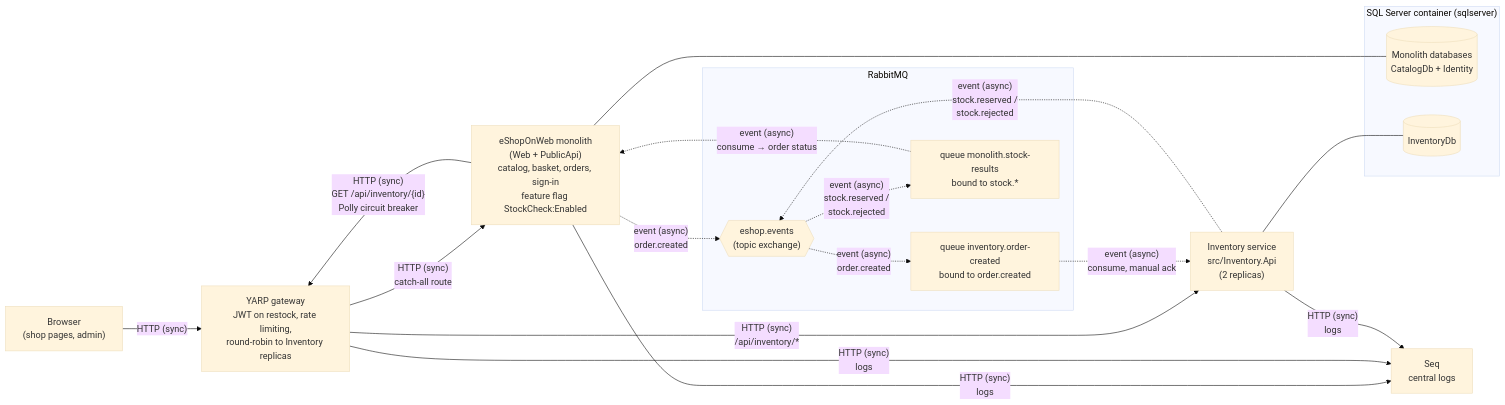
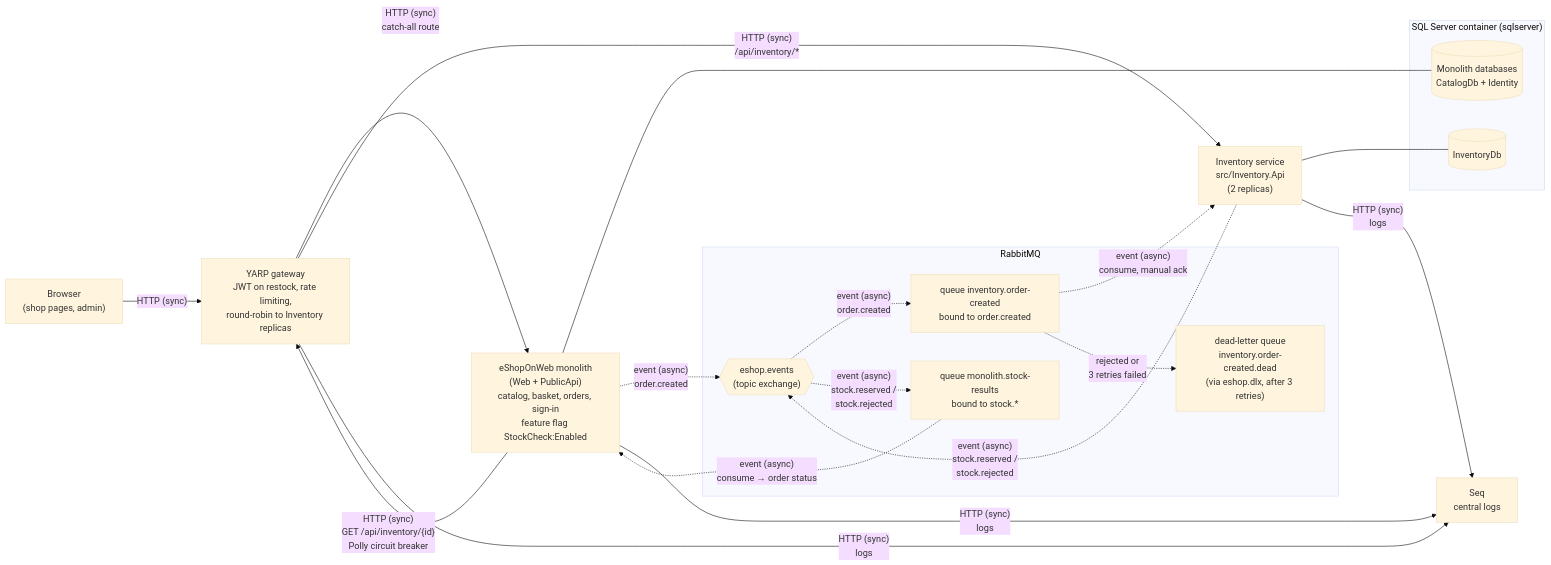
Before and after one commit to shoaibalirts/eShopOnWeb: the first of 2 diagrams in architecture/02-target-architecture.md, drawn with Mermaid (base theme). The commit also changed other lines of this file and 6 other files, not shown here.

First line of the commit message:
Dead-letter failed order.created messages after 3 retries

````diff
--- a/architecture/02-target-architecture.md
+++ b/architecture/02-target-architecture.md
@@ -8,42 +8,44 @@
 ```mermaid
 graph LR
     Browser["Browser<br/>(shop pages, admin)"]
 
     GW["YARP gateway<br/>JWT on restock, rate limiting,<br/>round-robin to Inventory replicas"]
 
     Mono["eShopOnWeb monolith<br/>(Web + PublicApi)<br/>catalog, basket, orders, sign-in<br/>feature flag StockCheck:Enabled"]
 
     Inv["Inventory service<br/>src/Inventory.Api<br/>(2 replicas)"]
 
     subgraph SQL["SQL Server container (sqlserver)"]
         MonoDB[("Monolith databases<br/>CatalogDb + Identity")]
         InvDB[("InventoryDb")]
     end
 
     subgraph MQ["RabbitMQ"]
         EX{{"eshop.events<br/>(topic exchange)"}}
         QInv["queue inventory.order-created<br/>bound to order.created"]
         QMono["queue monolith.stock-results<br/>bound to stock.*"]
+        DLQ["dead-letter queue<br/>inventory.order-created.dead<br/>(via eshop.dlx, after 3 retries)"]
     end
 
     Seq["Seq<br/>central logs"]
 
     Browser -- "HTTP (sync)" --> GW
     GW -- "HTTP (sync)<br/>catch-all route" --> Mono
     GW -- "HTTP (sync)<br/>/api/inventory/*" --> Inv
     Mono -- "HTTP (sync)<br/>GET /api/inventory/{id}<br/>Polly circuit breaker" --> GW
 
     Mono --- MonoDB
     Inv --- InvDB
 
     Mono -. "event (async)<br/>order.created" .-> EX
     EX -. "event (async)<br/>order.created" .-> QInv
     QInv -. "event (async)<br/>consume, manual ack" .-> Inv
     Inv -. "event (async)<br/>stock.reserved /<br/>stock.rejected" .-> EX
     EX -. "event (async)<br/>stock.reserved /<br/>stock.rejected" .-> QMono
     QMono -. "event (async)<br/>consume → order status" .-> Mono
+    QInv -. "rejected or<br/>3 retries failed" .-> DLQ
 
     Mono -- "HTTP (sync)<br/>logs" --> Seq
     GW -- "HTTP (sync)<br/>logs" --> Seq
     Inv -- "HTTP (sync)<br/>logs" --> Seq
 ```
````
